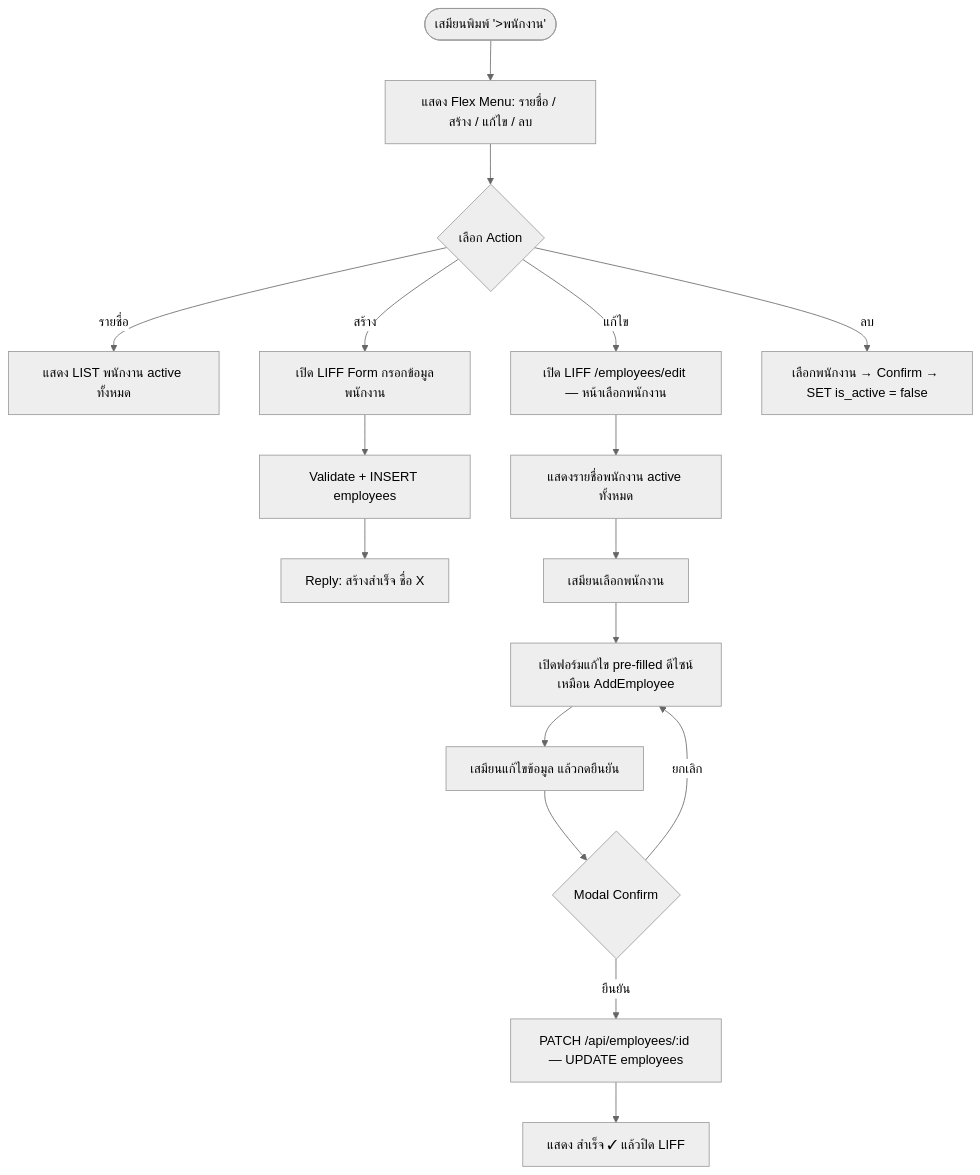
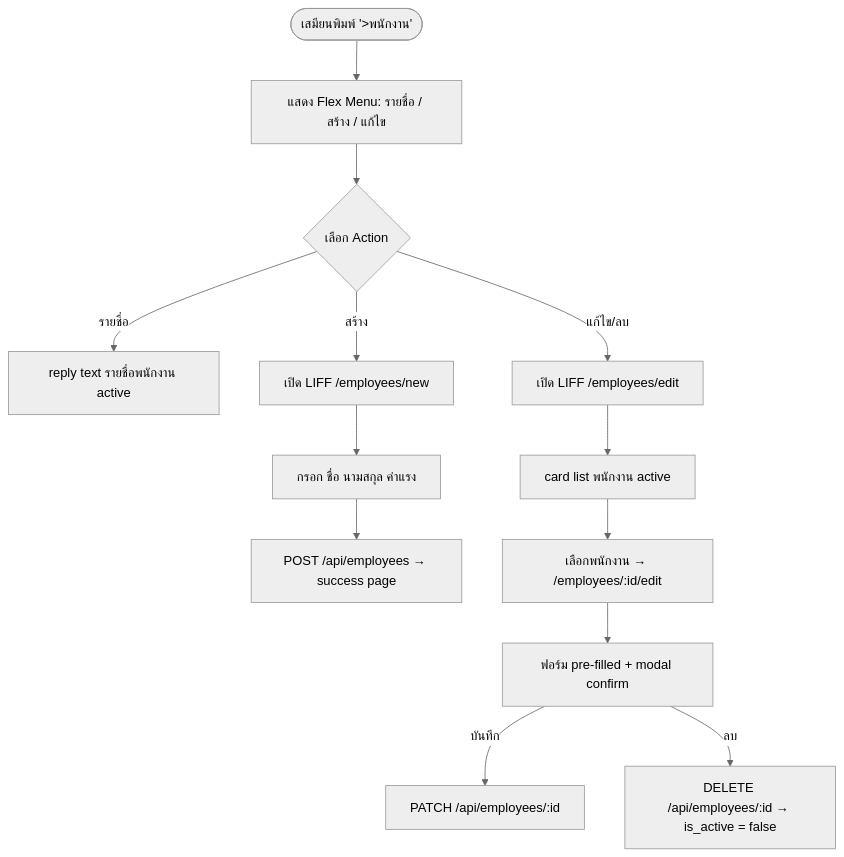
Before and after one commit to b33mx/jass: the first of 3 diagrams in doct/PRD.md, drawn with Mermaid (neutral theme). The commit also changed other lines of this file and 5 other files, not shown here.

````diff
--- a/doct/PRD.md
+++ b/doct/PRD.md
@@ -75,19 +62,15 @@
 ```mermaid
 flowchart TD
-    A([เสมียนพิมพ์ '>พนักงาน']) --> B[แสดง Flex Menu: รายชื่อ / สร้าง / แก้ไข / ลบ]
+    A([เสมียนพิมพ์ '>พนักงาน']) --> B[แสดง Flex Menu: รายชื่อ / สร้าง / แก้ไข]
     B --> C{เลือก Action}
-    C -->|รายชื่อ| D[แสดง LIST พนักงาน active ทั้งหมด]
-    C -->|สร้าง| E[เปิด LIFF Form กรอกข้อมูลพนักงาน]
-    E --> F[Validate + INSERT employees]
-    F --> G[Reply: สร้างสำเร็จ ชื่อ X]
-    C -->|แก้ไข| H[เปิด LIFF /employees/edit — หน้าเลือกพนักงาน]
-    H --> H1[แสดงรายชื่อพนักงาน active ทั้งหมด]
-    H1 --> H2[เสมียนเลือกพนักงาน]
-    H2 --> H3[เปิดฟอร์มแก้ไข pre-filled ดีไซน์เหมือน AddEmployee]
-    H3 --> H4[เสมียนแก้ไขข้อมูล แล้วกดยืนยัน]
-    H4 --> H5{Modal Confirm}
-    H5 -->|ยืนยัน| I[PATCH /api/employees/:id — UPDATE employees]
-    H5 -->|ยกเลิก| H3
-    I --> I2[แสดง สำเร็จ ✓ แล้วปิด LIFF]
-    C -->|ลบ| J[เลือกพนักงาน → Confirm → SET is_active = false]
+    C -->|รายชื่อ| D[reply text รายชื่อพนักงาน active]
+    C -->|สร้าง| E[เปิด LIFF /employees/new]
+    E --> F[กรอก ชื่อ นามสกุล ค่าแรง]
+    F --> G[POST /api/employees → success page]
+    C -->|แก้ไข/ลบ| H[เปิด LIFF /employees/edit]
+    H --> H1[card list พนักงาน active]
+    H1 --> H2[เลือกพนักงาน → /employees/:id/edit]
+    H2 --> H3[ฟอร์ม pre-filled + modal confirm]
+    H3 -->|บันทึก| I[PATCH /api/employees/:id]
+    H3 -->|ลบ| J[DELETE /api/employees/:id → is_active = false]
 ```
````
